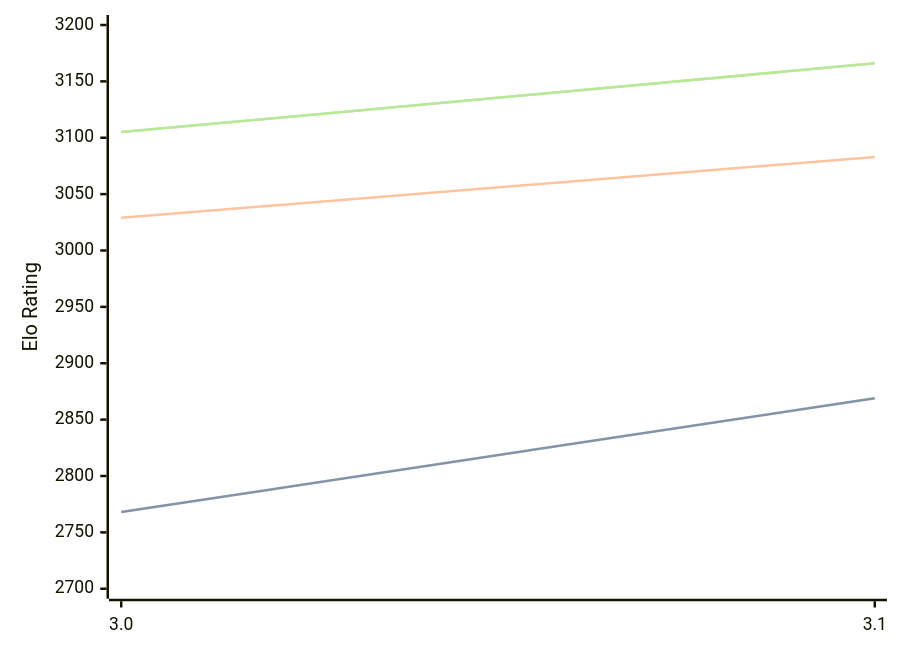
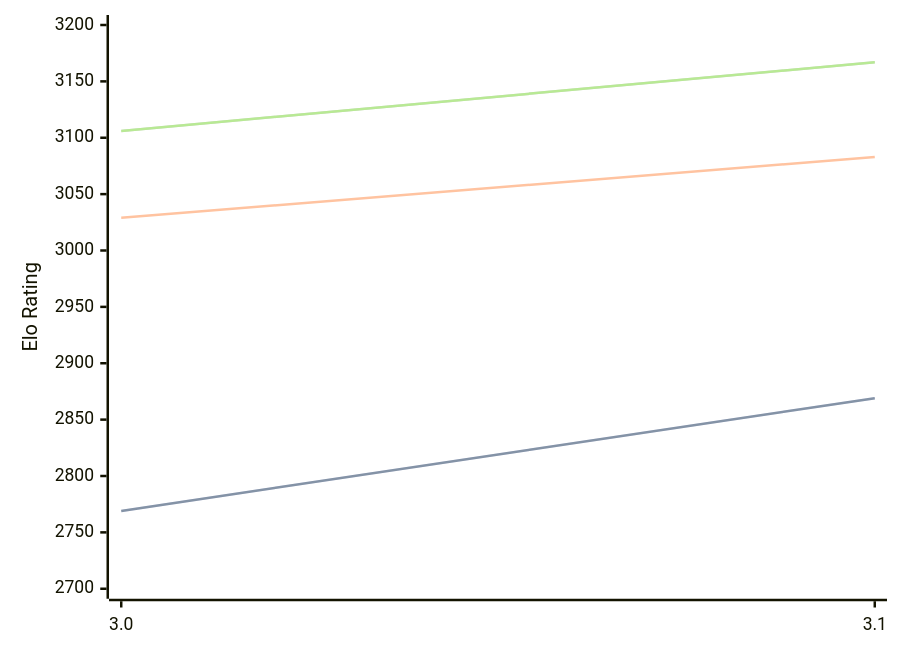
One commit to computer-chess-index/cci changed the diagram in engines/Vajolet2.md. Above: the diagram before and after it, drawn with Mermaid. The commit also changed other lines of this file, not shown here.

Commit message:
Update CCI Ratings (ELO VLTC) - 2026-04-27

````diff
--- a/engines/Vajolet2.md
+++ b/engines/Vajolet2.md
@@ -40,11 +40,11 @@
 ```mermaid
 %%{init: {"theme":"base","themeVariables":{"seriesColors:['#a3a3a3','#222221','#faa371']}}}%%
 xychart-beta
   x-axis ["3.0", "3.1"]
   y-axis "Elo Rating" 2700 --> 3200
-  line "STC (8.0+0.08s)" [2768, 2869]
-  line "STC (8.0+0.08s)" [2768, 2869]
+  line "STC (8.0+0.08s)" [2769, 2869]
+  line "STC (8.0+0.08s)" [2769, 2869]
   line "LTC (60.0+0.60s)" [3029, 3083]
-  line "VLTC (2m24s+1.12s)" [3105, 3166]
-  line "VLTC (2m24s+1.12s)" [3105, 3166]
+  line "VLTC (2m24s+1.12s)" [3106, 3167]
+  line "VLTC (2m24s+1.12s)" [3106, 3167]
 ```
````
